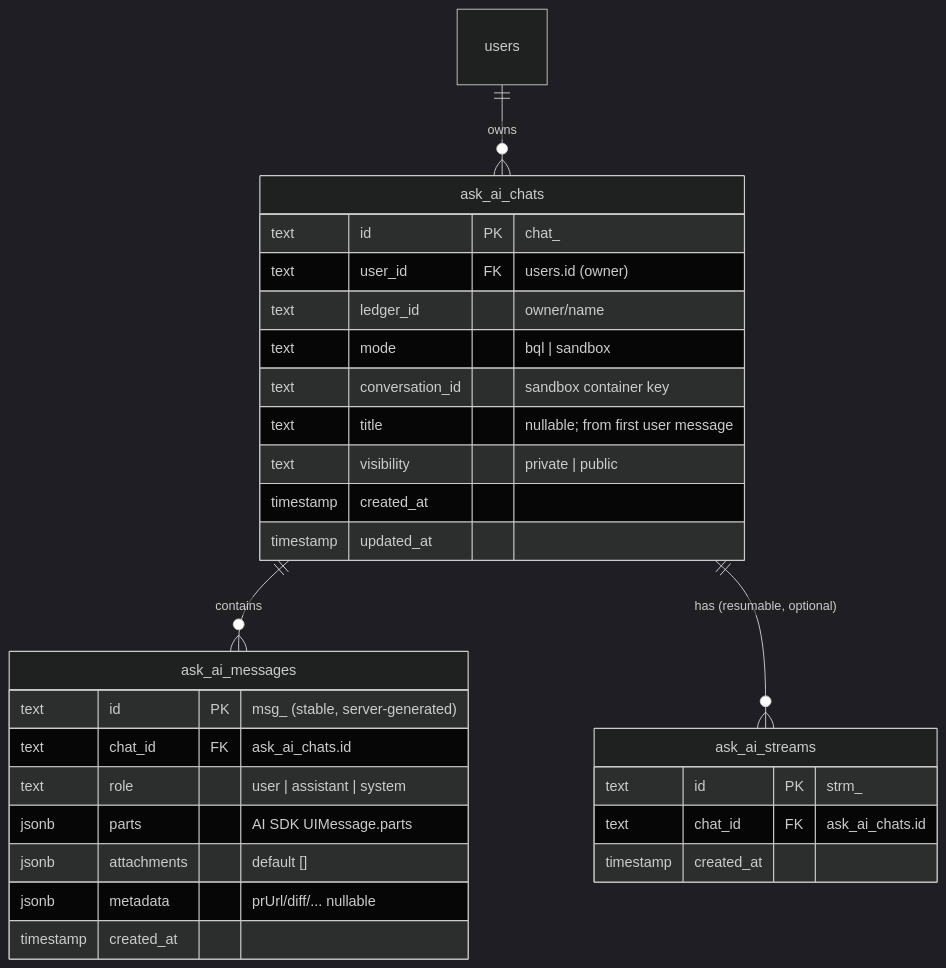
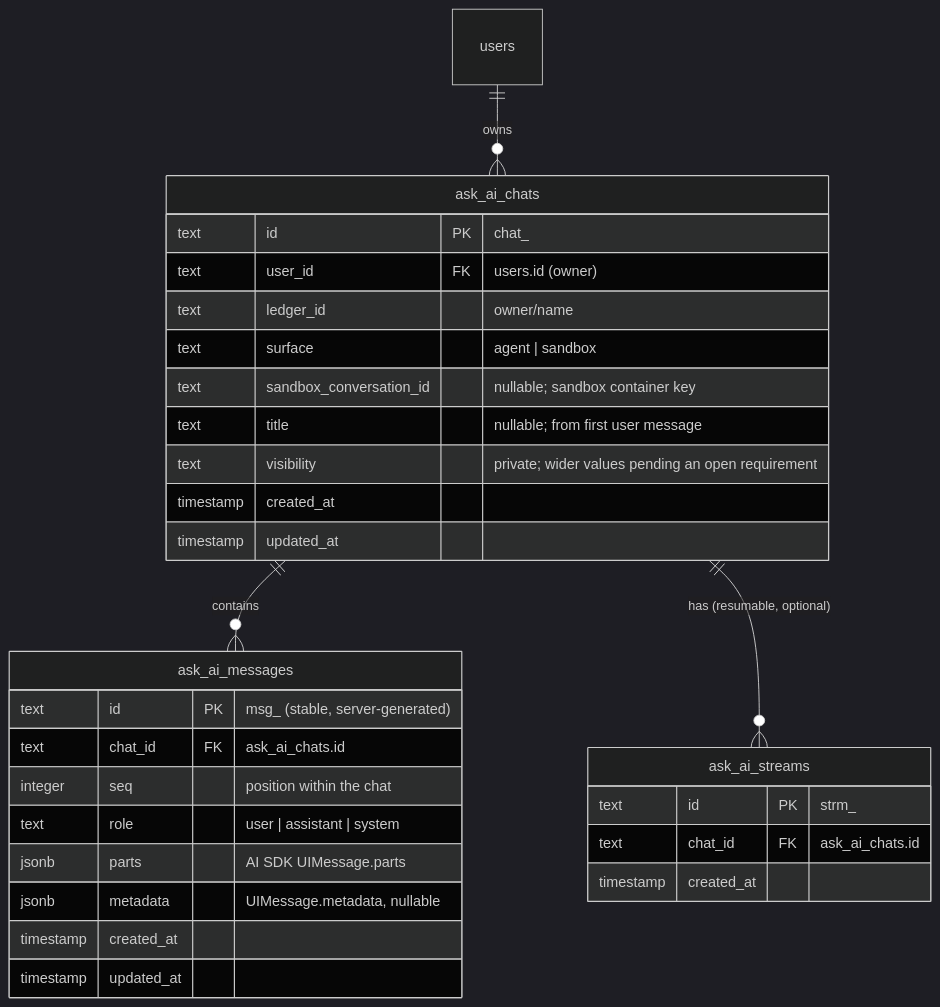
One commit to bex-co/beancount-io changed the fourth of 4 diagrams in docs/adrs/ADR001-dashboard-chat-history-persistence.md. Above: the diagram before and after it, drawn with Mermaid (dark theme). The commit also changed other lines of this file and 17 other files, not shown here.

````diff
--- a/docs/adrs/ADR001-dashboard-chat-history-persistence.md
+++ b/docs/adrs/ADR001-dashboard-chat-history-persistence.md
@@ -127,32 +148,33 @@
 ```mermaid
 erDiagram
   users ||--o{ ask_ai_chats : owns
   ask_ai_chats ||--o{ ask_ai_messages : contains
   ask_ai_chats ||--o{ ask_ai_streams : "has (resumable, optional)"
 
   ask_ai_chats {
     text id PK "chat_<base58>"
     text user_id FK "users.id (owner)"
     text ledger_id "owner/name"
-    text mode "bql | sandbox"
-    text conversation_id "sandbox container key"
+    text surface "agent | sandbox"
+    text sandbox_conversation_id "nullable; sandbox container key"
     text title "nullable; from first user message"
-    text visibility "private | public"
+    text visibility "private; wider values pending an open requirement"
     timestamp created_at
     timestamp updated_at
   }
   ask_ai_messages {
     text id PK "msg_<base58> (stable, server-generated)"
     text chat_id FK "ask_ai_chats.id"
+    integer seq "position within the chat"
     text role "user | assistant | system"
     jsonb parts "AI SDK UIMessage.parts"
-    jsonb attachments "default []"
-    jsonb metadata "prUrl/diff/... nullable"
+    jsonb metadata "UIMessage.metadata, nullable"
     timestamp created_at
+    timestamp updated_at
   }
   ask_ai_streams {
     text id PK "strm_<base58>"
     text chat_id FK "ask_ai_chats.id"
     timestamp created_at
   }
 ```
````
